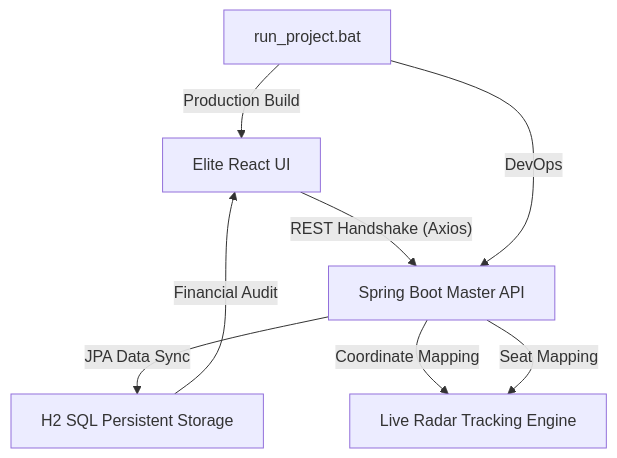
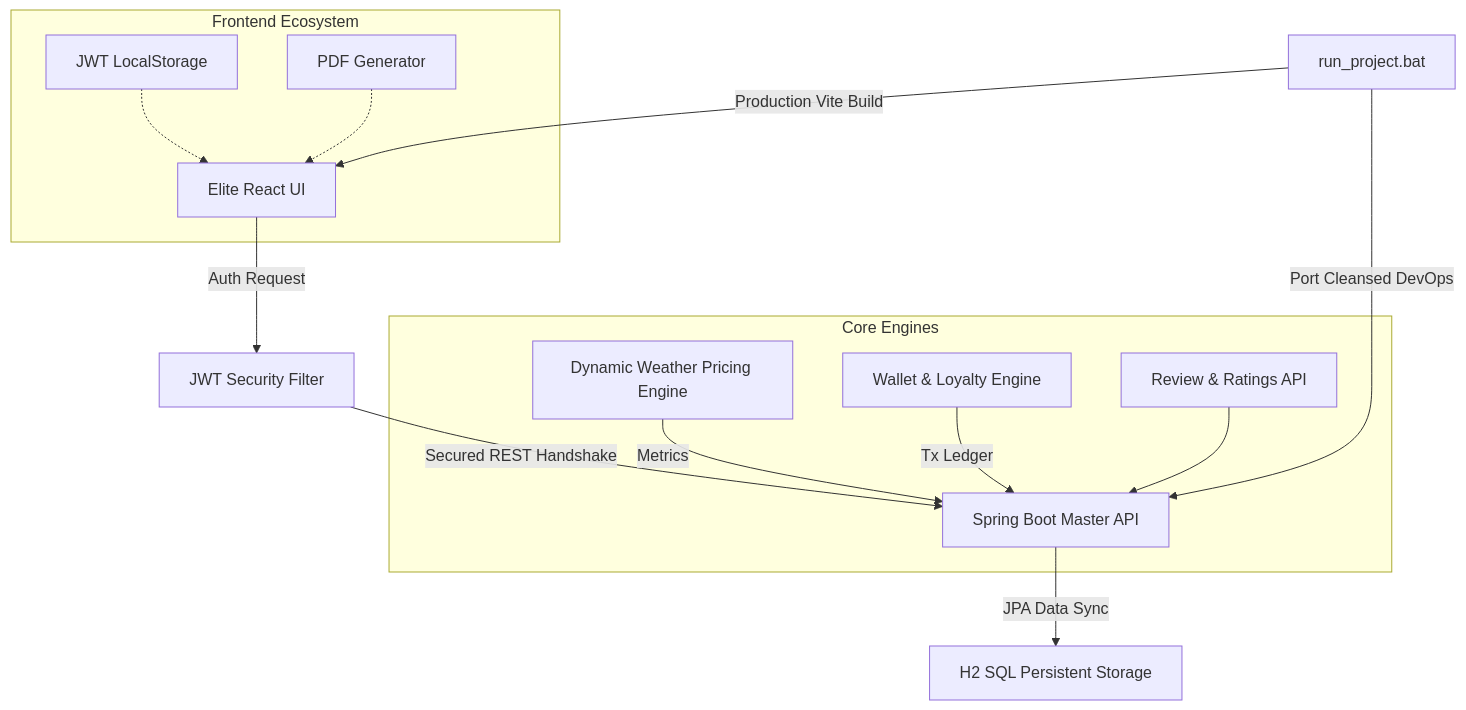
The diagram in README.md (nellurisairam/BusTicketBooking_Java), drawn with Mermaid before and after one commit. The commit also changed other lines of this file, not shown here.

Commit message:
docs: update README with advanced features and V4 Architecture Diagram

````diff
--- a/README.md
+++ b/README.md
@@ -31,10 +31,20 @@
 ```mermaid
 graph TD
-    A[Elite React UI] -- "REST Handshake (Axios)" --> B[Spring Boot Master API]
-    B -- "JPA Data Sync" --> C[H2 SQL Persistent Storage]
-    B -- "Coordinate Mapping" --> D[Live Radar Tracking Engine]
-    C -- "Financial Audit" --> A
-    E[run_project.bat] -- "DevOps" --> B
-    E -- "Production Build" --> A
-    B -- "Seat Mapping" --> D
+    A[Elite React UI] -- "Auth Request" --> B[JWT Security Filter]
+    B -- "Secured REST Handshake" --> C[Spring Boot Master API]
+    C -- "JPA Data Sync" --> D[H2 SQL Persistent Storage]
+    
+    subgraph Frontend Ecosystem
+    A1[JWT LocalStorage] -.-> A
+    A2[PDF Generator] -.-> A
+    end
+
+    subgraph Core Engines
+    C1[Dynamic Weather Pricing Engine] -- "Metrics" --> C
+    C2[Wallet & Loyalty Engine] -- "Tx Ledger" --> C
+    C3[Review & Ratings API] --> C
+    end
+
+    E[run_project.bat] -- "Port Cleansed DevOps" --> C
+    E -- "Production Vite Build" --> A
 ```
````
